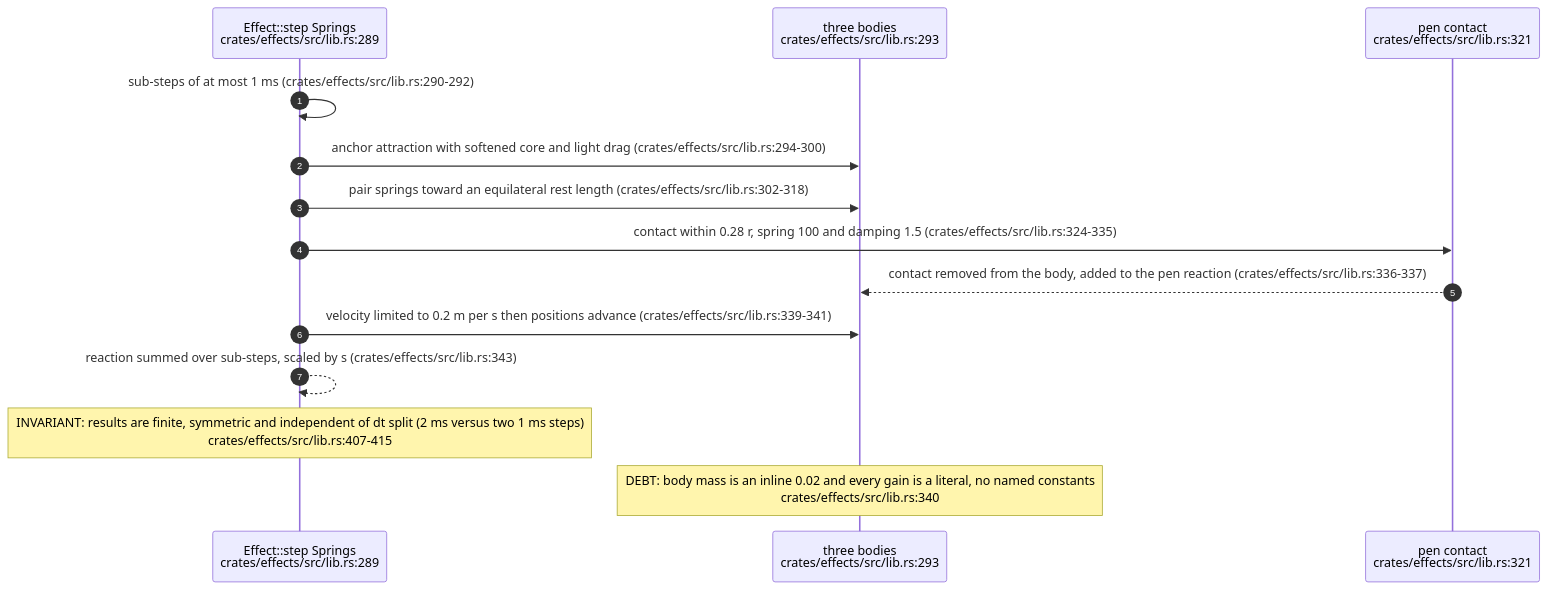
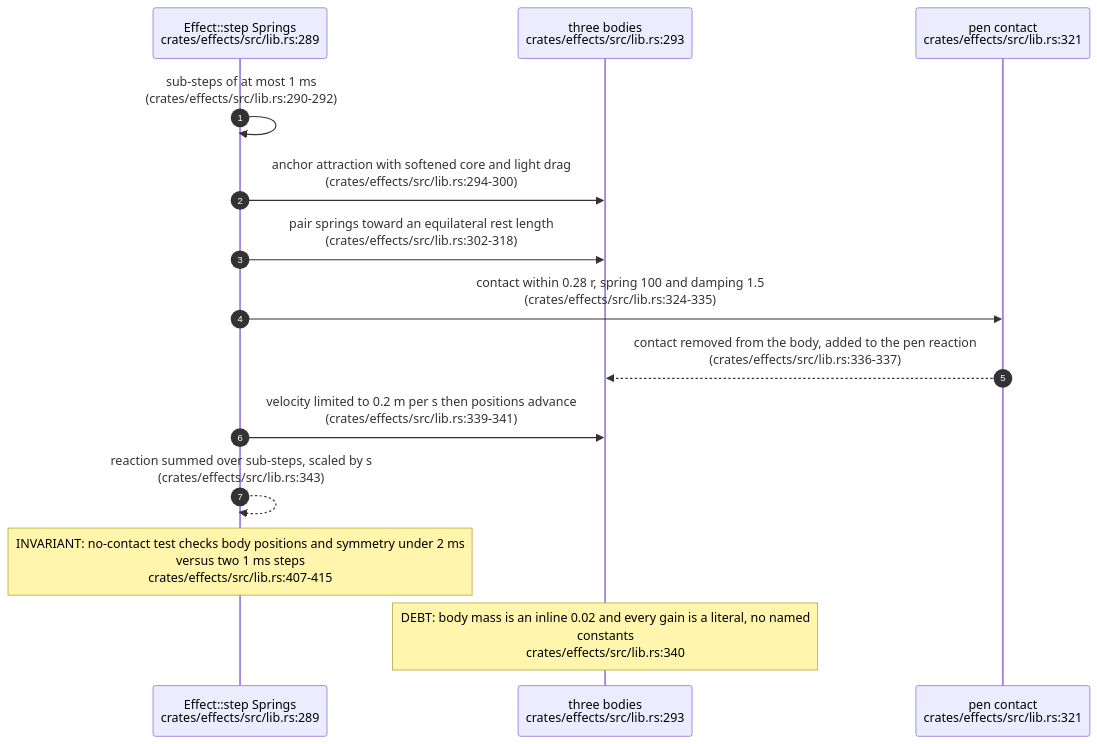
One commit to DreamLab-AI/VisionFlow changed the fifth of 5 diagrams in docs/diagrams/visiontouch-rs/05-effects-and-force-models.md. Above: the diagram before and after it, drawn with Mermaid. The commit also changed other lines of this file and 27 other files, not shown here.

````diff
--- a/docs/diagrams/visiontouch-rs/05-effects-and-force-models.md
+++ b/docs/diagrams/visiontouch-rs/05-effects-and-force-models.md
@@ -125,16 +128,16 @@
 ```mermaid
 sequenceDiagram
     autonumber
     participant ST as Effect::step Springs<br/>crates/effects/src/lib.rs:289
     participant BD as three bodies<br/>crates/effects/src/lib.rs:293
     participant PN as pen contact<br/>crates/effects/src/lib.rs:321
-    ST->>ST: sub-steps of at most 1 ms (crates/effects/src/lib.rs:290-292)
-    ST->>BD: anchor attraction with softened core and light drag (crates/effects/src/lib.rs:294-300)
-    ST->>BD: pair springs toward an equilateral rest length (crates/effects/src/lib.rs:302-318)
-    ST->>PN: contact within 0.28 r, spring 100 and damping 1.5 (crates/effects/src/lib.rs:324-335)
-    PN-->>BD: contact removed from the body, added to the pen reaction (crates/effects/src/lib.rs:336-337)
-    ST->>BD: velocity limited to 0.2 m per s then positions advance (crates/effects/src/lib.rs:339-341)
-    ST-->>ST: reaction summed over sub-steps, scaled by s (crates/effects/src/lib.rs:343)
-    Note over ST: INVARIANT: results are finite, symmetric and independent of dt split (2 ms versus two 1 ms steps)<br/>crates/effects/src/lib.rs:407-415
-    Note over BD: DEBT: body mass is an inline 0.02 and every gain is a literal, no named constants<br/>crates/effects/src/lib.rs:340
+    ST->>ST: sub-steps of at most 1 ms<br/>(crates/effects/src/lib.rs:290-292)
+    ST->>BD: anchor attraction with softened core and light drag<br/>(crates/effects/src/lib.rs:294-300)
+    ST->>BD: pair springs toward an equilateral rest length<br/>(crates/effects/src/lib.rs:302-318)
+    ST->>PN: contact within 0.28 r, spring 100 and damping 1.5<br/>(crates/effects/src/lib.rs:324-335)
+    PN-->>BD: contact removed from the body, added to the pen reaction<br/>(crates/effects/src/lib.rs:336-337)
+    ST->>BD: velocity limited to 0.2 m per s then positions advance<br/>(crates/effects/src/lib.rs:339-341)
+    ST-->>ST: reaction summed over sub-steps, scaled by s<br/>(crates/effects/src/lib.rs:343)
+    Note over ST: INVARIANT: no-contact test checks body positions and symmetry under 2 ms<br/>versus two 1 ms steps<br/>crates/effects/src/lib.rs:407-415
+    Note over BD: DEBT: body mass is an inline 0.02 and every gain is a literal, no named<br/>constants<br/>crates/effects/src/lib.rs:340
 ```
````
